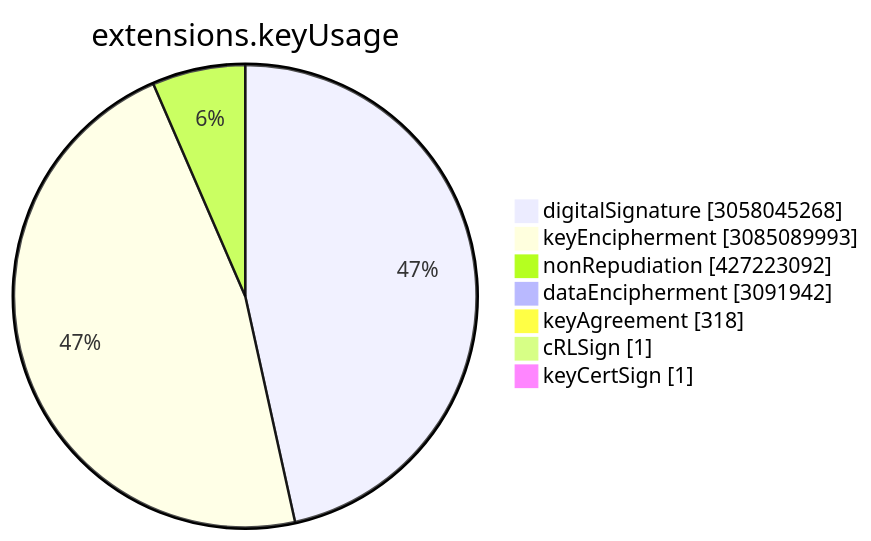
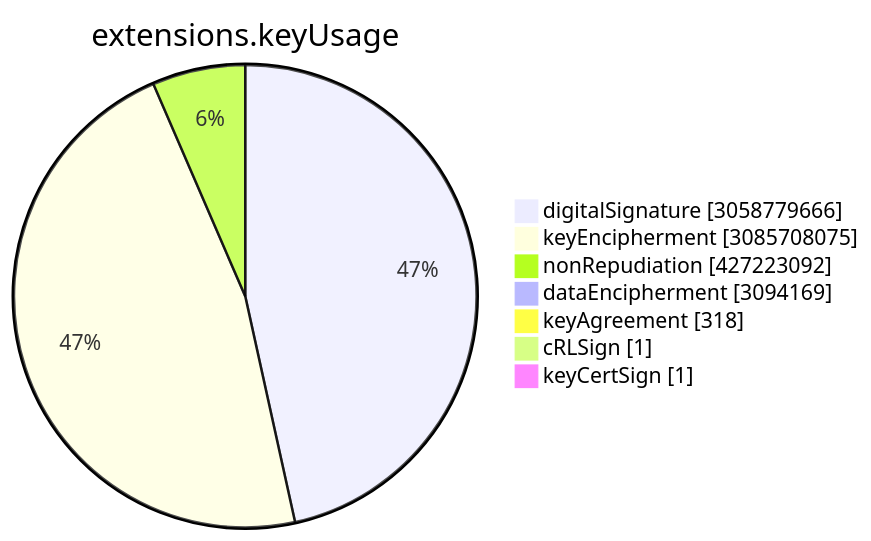
The sixth of 15 diagrams in TOTAL/README.md (christiankrug/ctmonitor_visualization), drawn with Mermaid before and after one commit. The commit also changed other lines of this file, not shown here.

````diff
--- a/TOTAL/README.md
+++ b/TOTAL/README.md
@@ -3075,11 +3075,11 @@
 ```mermaid
 pie showData
 title extensions.keyUsage
-"digitalSignature" :3058045268
-"keyEncipherment" :3085089993
+"digitalSignature" :3058779666
+"keyEncipherment" :3085708075
 "nonRepudiation" :427223092
-"dataEncipherment" :3091942
+"dataEncipherment" :3094169
 "keyAgreement" :318
 "cRLSign" :1
 "keyCertSign" :1
 ```
````
